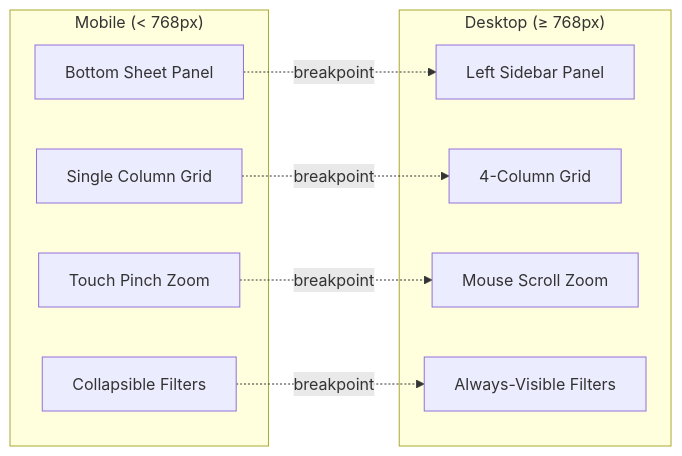
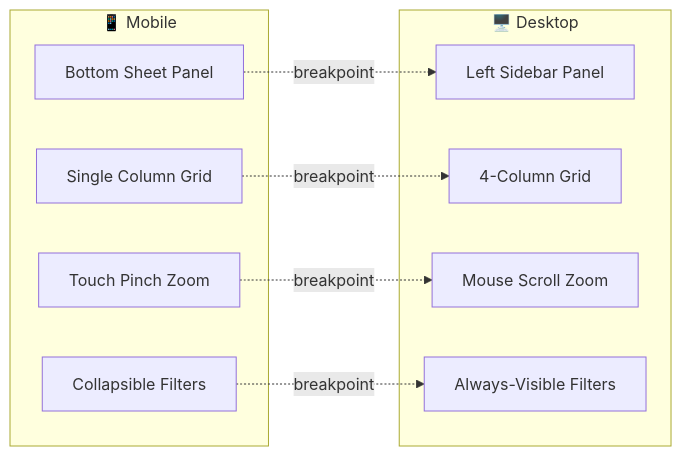
One commit to xungirl/neu_hackathon changed the third of 4 diagrams in README.md. Above: the diagram before and after it, drawn with Mermaid. The commit also changed other lines of this file, not shown here.

````diff
--- a/README.md
+++ b/README.md
@@ -241,21 +227,21 @@
 ```mermaid
 graph LR
-    subgraph "Mobile (< 768px)"
+    subgraph "📱 Mobile"
         M1[Bottom Sheet Panel]
         M2[Single Column Grid]
         M3[Touch Pinch Zoom]
         M4[Collapsible Filters]
     end
 
-    subgraph "Desktop (≥ 768px)"
+    subgraph "🖥️ Desktop"
         D1[Left Sidebar Panel]
         D2[4-Column Grid]
         D3[Mouse Scroll Zoom]
         D4[Always-Visible Filters]
     end
 
     M1 -.->|breakpoint| D1
     M2 -.->|breakpoint| D2
     M3 -.->|breakpoint| D3
     M4 -.->|breakpoint| D4
 ```
````
